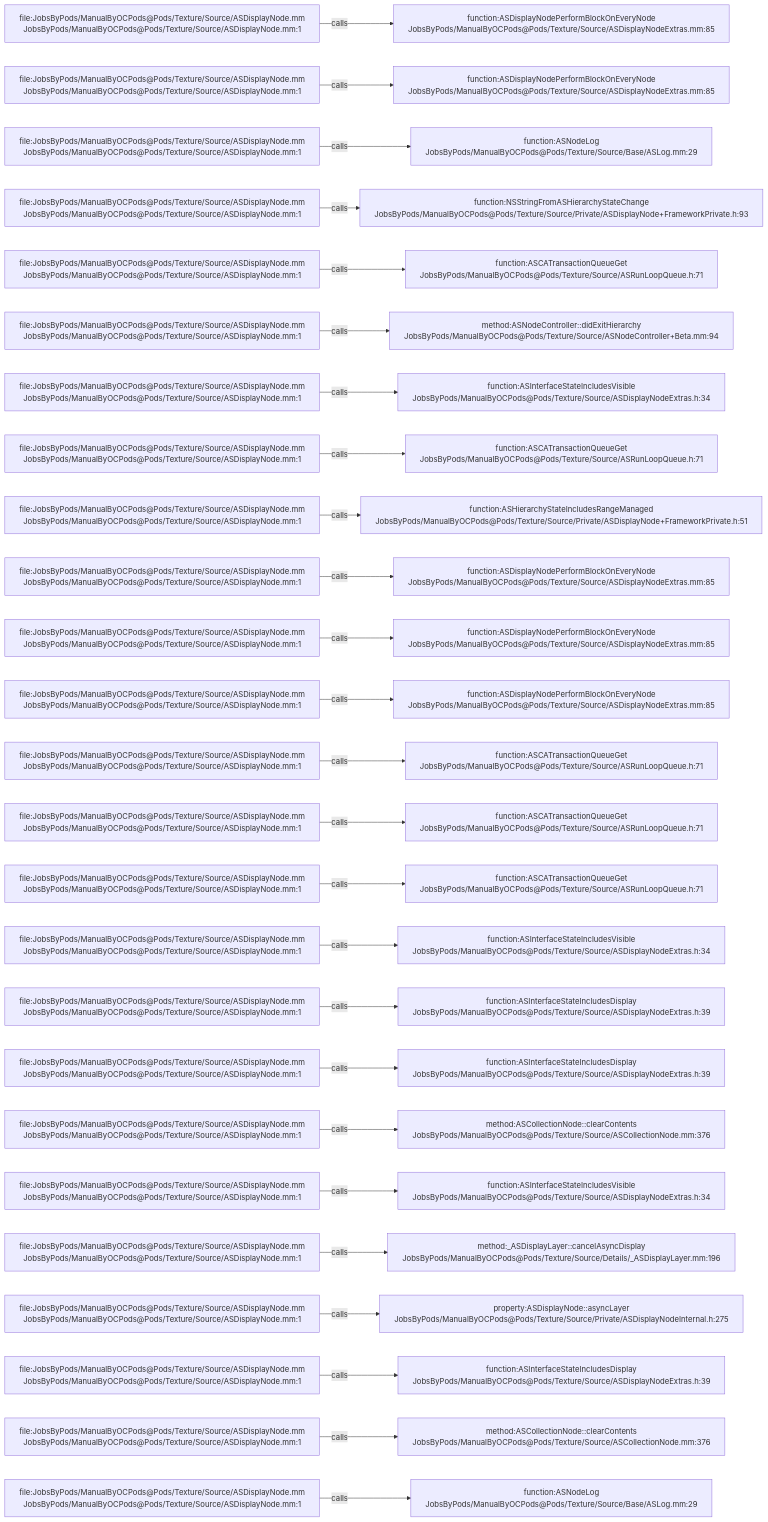
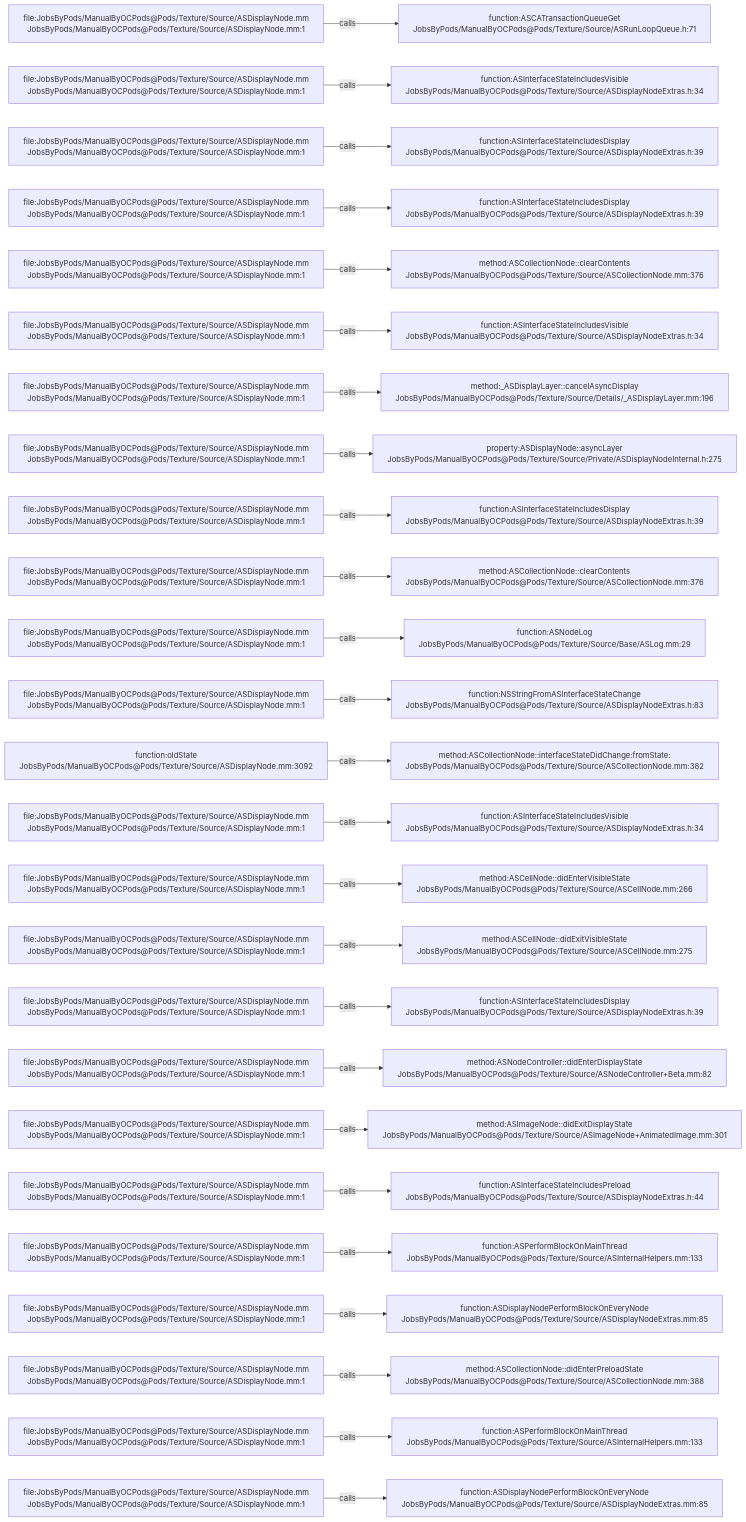
The diagram in .codegraph/codegraph.md/graphs/calls-104.md (JobsKits/JobsOCBaseConfigDemo), drawn with Mermaid before and after one commit. The commit also changed 296 other files, not shown here.

````diff
--- a/.codegraph/codegraph.md/graphs/calls-104.md
+++ b/.codegraph/codegraph.md/graphs/calls-104.md
@@ -13,78 +13,78 @@
 ```mermaid
 flowchart LR
   S1["file:JobsByPods/ManualByOCPods@Pods/Texture/Source/ASDisplayNode.mm<br/>JobsByPods/ManualByOCPods@Pods/Texture/Source/ASDisplayNode.mm:1"]
-  T1["function:ASDisplayNodePerformBlockOnEveryNode<br/>JobsByPods/ManualByOCPods@Pods/Texture/Source/ASDisplayNodeExtras.mm:85"]
+  T1["function:ASCATransactionQueueGet<br/>JobsByPods/ManualByOCPods@Pods/Texture/Source/ASRunLoopQueue.h:71"]
   S1 -->|calls| T1
   S2["file:JobsByPods/ManualByOCPods@Pods/Texture/Source/ASDisplayNode.mm<br/>JobsByPods/ManualByOCPods@Pods/Texture/Source/ASDisplayNode.mm:1"]
-  T2["function:ASDisplayNodePerformBlockOnEveryNode<br/>JobsByPods/ManualByOCPods@Pods/Texture/Source/ASDisplayNodeExtras.mm:85"]
+  T2["function:ASInterfaceStateIncludesVisible<br/>JobsByPods/ManualByOCPods@Pods/Texture/Source/ASDisplayNodeExtras.h:34"]
   S2 -->|calls| T2
   S3["file:JobsByPods/ManualByOCPods@Pods/Texture/Source/ASDisplayNode.mm<br/>JobsByPods/ManualByOCPods@Pods/Texture/Source/ASDisplayNode.mm:1"]
-  T3["function:ASNodeLog<br/>JobsByPods/ManualByOCPods@Pods/Texture/Source/Base/ASLog.mm:29"]
+  T3["function:ASInterfaceStateIncludesDisplay<br/>JobsByPods/ManualByOCPods@Pods/Texture/Source/ASDisplayNodeExtras.h:39"]
   S3 -->|calls| T3
   S4["file:JobsByPods/ManualByOCPods@Pods/Texture/Source/ASDisplayNode.mm<br/>JobsByPods/ManualByOCPods@Pods/Texture/Source/ASDisplayNode.mm:1"]
-  T4["function:NSStringFromASHierarchyStateChange<br/>JobsByPods/ManualByOCPods@Pods/Texture/Source/Private/ASDisplayNode+FrameworkPrivate.h:93"]
+  T4["function:ASInterfaceStateIncludesDisplay<br/>JobsByPods/ManualByOCPods@Pods/Texture/Source/ASDisplayNodeExtras.h:39"]
   S4 -->|calls| T4
   S5["file:JobsByPods/ManualByOCPods@Pods/Texture/Source/ASDisplayNode.mm<br/>JobsByPods/ManualByOCPods@Pods/Texture/Source/ASDisplayNode.mm:1"]
-  T5["function:ASCATransactionQueueGet<br/>JobsByPods/ManualByOCPods@Pods/Texture/Source/ASRunLoopQueue.h:71"]
+  T5["method:ASCollectionNode::clearContents<br/>JobsByPods/ManualByOCPods@Pods/Texture/Source/ASCollectionNode.mm:376"]
   S5 -->|calls| T5
   S6["file:JobsByPods/ManualByOCPods@Pods/Texture/Source/ASDisplayNode.mm<br/>JobsByPods/ManualByOCPods@Pods/Texture/Source/ASDisplayNode.mm:1"]
-  T6["method:ASNodeController::didExitHierarchy<br/>JobsByPods/ManualByOCPods@Pods/Texture/Source/ASNodeController+Beta.mm:94"]
+  T6["function:ASInterfaceStateIncludesVisible<br/>JobsByPods/ManualByOCPods@Pods/Texture/Source/ASDisplayNodeExtras.h:34"]
   S6 -->|calls| T6
   S7["file:JobsByPods/ManualByOCPods@Pods/Texture/Source/ASDisplayNode.mm<br/>JobsByPods/ManualByOCPods@Pods/Texture/Source/ASDisplayNode.mm:1"]
-  T7["function:ASInterfaceStateIncludesVisible<br/>JobsByPods/ManualByOCPods@Pods/Texture/Source/ASDisplayNodeExtras.h:34"]
+  T7["method:_ASDisplayLayer::cancelAsyncDisplay<br/>JobsByPods/ManualByOCPods@Pods/Texture/Source/Details/_ASDisplayLayer.mm:196"]
   S7 -->|calls| T7
   S8["file:JobsByPods/ManualByOCPods@Pods/Texture/Source/ASDisplayNode.mm<br/>JobsByPods/ManualByOCPods@Pods/Texture/Source/ASDisplayNode.mm:1"]
-  T8["function:ASCATransactionQueueGet<br/>JobsByPods/ManualByOCPods@Pods/Texture/Source/ASRunLoopQueue.h:71"]
+  T8["property:ASDisplayNode::asyncLayer<br/>JobsByPods/ManualByOCPods@Pods/Texture/Source/Private/ASDisplayNodeInternal.h:275"]
   S8 -->|calls| T8
   S9["file:JobsByPods/ManualByOCPods@Pods/Texture/Source/ASDisplayNode.mm<br/>JobsByPods/ManualByOCPods@Pods/Texture/Source/ASDisplayNode.mm:1"]
-  T9["function:ASHierarchyStateIncludesRangeManaged<br/>JobsByPods/ManualByOCPods@Pods/Texture/Source/Private/ASDisplayNode+FrameworkPrivate.h:51"]
+  T9["function:ASInterfaceStateIncludesDisplay<br/>JobsByPods/ManualByOCPods@Pods/Texture/Source/ASDisplayNodeExtras.h:39"]
   S9 -->|calls| T9
   S10["file:JobsByPods/ManualByOCPods@Pods/Texture/Source/ASDisplayNode.mm<br/>JobsByPods/ManualByOCPods@Pods/Texture/Source/ASDisplayNode.mm:1"]
-  T10["function:ASDisplayNodePerformBlockOnEveryNode<br/>JobsByPods/ManualByOCPods@Pods/Texture/Source/ASDisplayNodeExtras.mm:85"]
+  T10["method:ASCollectionNode::clearContents<br/>JobsByPods/ManualByOCPods@Pods/Texture/Source/ASCollectionNode.mm:376"]
   S10 -->|calls| T10
   S11["file:JobsByPods/ManualByOCPods@Pods/Texture/Source/ASDisplayNode.mm<br/>JobsByPods/ManualByOCPods@Pods/Texture/Source/ASDisplayNode.mm:1"]
-  T11["function:ASDisplayNodePerformBlockOnEveryNode<br/>JobsByPods/ManualByOCPods@Pods/Texture/Source/ASDisplayNodeExtras.mm:85"]
+  T11["function:ASNodeLog<br/>JobsByPods/ManualByOCPods@Pods/Texture/Source/Base/ASLog.mm:29"]
   S11 -->|calls| T11
   S12["file:JobsByPods/ManualByOCPods@Pods/Texture/Source/ASDisplayNode.mm<br/>JobsByPods/ManualByOCPods@Pods/Texture/Source/ASDisplayNode.mm:1"]
-  T12["function:ASDisplayNodePerformBlockOnEveryNode<br/>JobsByPods/ManualByOCPods@Pods/Texture/Source/ASDisplayNodeExtras.mm:85"]
+  T12["function:NSStringFromASInterfaceStateChange<br/>JobsByPods/ManualByOCPods@Pods/Texture/Source/ASDisplayNodeExtras.h:83"]
   S12 -->|calls| T12
-  S13["file:JobsByPods/ManualByOCPods@Pods/Texture/Source/ASDisplayNode.mm<br/>JobsByPods/ManualByOCPods@Pods/Texture/Source/ASDisplayNode.mm:1"]
-  T13["function:ASCATransactionQueueGet<br/>JobsByPods/ManualByOCPods@Pods/Texture/Source/ASRunLoopQueue.h:71"]
+  S13["function:oldState<br/>JobsByPods/ManualByOCPods@Pods/Texture/Source/ASDisplayNode.mm:3092"]
+  T13["method:ASCollectionNode::interfaceStateDidChange:fromState:<br/>JobsByPods/ManualByOCPods@Pods/Texture/Source/ASCollectionNode.mm:382"]
   S13 -->|calls| T13
   S14["file:JobsByPods/ManualByOCPods@Pods/Texture/Source/ASDisplayNode.mm<br/>JobsByPods/ManualByOCPods@Pods/Texture/Source/ASDisplayNode.mm:1"]
-  T14["function:ASCATransactionQueueGet<br/>JobsByPods/ManualByOCPods@Pods/Texture/Source/ASRunLoopQueue.h:71"]
+  T14["function:ASInterfaceStateIncludesVisible<br/>JobsByPods/ManualByOCPods@Pods/Texture/Source/ASDisplayNodeExtras.h:34"]
   S14 -->|calls| T14
   S15["file:JobsByPods/ManualByOCPods@Pods/Texture/Source/ASDisplayNode.mm<br/>JobsByPods/ManualByOCPods@Pods/Texture/Source/ASDisplayNode.mm:1"]
-  T15["function:ASCATransactionQueueGet<br/>JobsByPods/ManualByOCPods@Pods/Texture/Source/ASRunLoopQueue.h:71"]
+  T15["method:ASCellNode::didEnterVisibleState<br/>JobsByPods/ManualByOCPods@Pods/Texture/Source/ASCellNode.mm:266"]
   S15 -->|calls| T15
   S16["file:JobsByPods/ManualByOCPods@Pods/Texture/Source/ASDisplayNode.mm<br/>JobsByPods/ManualByOCPods@Pods/Texture/Source/ASDisplayNode.mm:1"]
-  T16["function:ASInterfaceStateIncludesVisible<br/>JobsByPods/ManualByOCPods@Pods/Texture/Source/ASDisplayNodeExtras.h:34"]
+  T16["method:ASCellNode::didExitVisibleState<br/>JobsByPods/ManualByOCPods@Pods/Texture/Source/ASCellNode.mm:275"]
   S16 -->|calls| T16
   S17["file:JobsByPods/ManualByOCPods@Pods/Texture/Source/ASDisplayNode.mm<br/>JobsByPods/ManualByOCPods@Pods/Texture/Source/ASDisplayNode.mm:1"]
   T17["function:ASInterfaceStateIncludesDisplay<br/>JobsByPods/ManualByOCPods@Pods/Texture/Source/ASDisplayNodeExtras.h:39"]
   S17 -->|calls| T17
   S18["file:JobsByPods/ManualByOCPods@Pods/Texture/Source/ASDisplayNode.mm<br/>JobsByPods/ManualByOCPods@Pods/Texture/Source/ASDisplayNode.mm:1"]
-  T18["function:ASInterfaceStateIncludesDisplay<br/>JobsByPods/ManualByOCPods@Pods/Texture/Source/ASDisplayNodeExtras.h:39"]
+  T18["method:ASNodeController::didEnterDisplayState<br/>JobsByPods/ManualByOCPods@Pods/Texture/Source/ASNodeController+Beta.mm:82"]
   S18 -->|calls| T18
   S19["file:JobsByPods/ManualByOCPods@Pods/Texture/Source/ASDisplayNode.mm<br/>JobsByPods/ManualByOCPods@Pods/Texture/Source/ASDisplayNode.mm:1"]
-  T19["method:ASCollectionNode::clearContents<br/>JobsByPods/ManualByOCPods@Pods/Texture/Source/ASCollectionNode.mm:376"]
+  T19["method:ASImageNode::didExitDisplayState<br/>JobsByPods/ManualByOCPods@Pods/Texture/Source/ASImageNode+AnimatedImage.mm:301"]
   S19 -->|calls| T19
   S20["file:JobsByPods/ManualByOCPods@Pods/Texture/Source/ASDisplayNode.mm<br/>JobsByPods/ManualByOCPods@Pods/Texture/Source/ASDisplayNode.mm:1"]
-  T20["function:ASInterfaceStateIncludesVisible<br/>JobsByPods/ManualByOCPods@Pods/Texture/Source/ASDisplayNodeExtras.h:34"]
+  T20["function:ASInterfaceStateIncludesPreload<br/>JobsByPods/ManualByOCPods@Pods/Texture/Source/ASDisplayNodeExtras.h:44"]
   S20 -->|calls| T20
   S21["file:JobsByPods/ManualByOCPods@Pods/Texture/Source/ASDisplayNode.mm<br/>JobsByPods/ManualByOCPods@Pods/Texture/Source/ASDisplayNode.mm:1"]
-  T21["method:_ASDisplayLayer::cancelAsyncDisplay<br/>JobsByPods/ManualByOCPods@Pods/Texture/Source/Details/_ASDisplayLayer.mm:196"]
+  T21["function:ASPerformBlockOnMainThread<br/>JobsByPods/ManualByOCPods@Pods/Texture/Source/ASInternalHelpers.mm:133"]
   S21 -->|calls| T21
   S22["file:JobsByPods/ManualByOCPods@Pods/Texture/Source/ASDisplayNode.mm<br/>JobsByPods/ManualByOCPods@Pods/Texture/Source/ASDisplayNode.mm:1"]
-  T22["property:ASDisplayNode::asyncLayer<br/>JobsByPods/ManualByOCPods@Pods/Texture/Source/Private/ASDisplayNodeInternal.h:275"]
+  T22["function:ASDisplayNodePerformBlockOnEveryNode<br/>JobsByPods/ManualByOCPods@Pods/Texture/Source/ASDisplayNodeExtras.mm:85"]
   S22 -->|calls| T22
   S23["file:JobsByPods/ManualByOCPods@Pods/Texture/Source/ASDisplayNode.mm<br/>JobsByPods/ManualByOCPods@Pods/Texture/Source/ASDisplayNode.mm:1"]
-  T23["function:ASInterfaceStateIncludesDisplay<br/>JobsByPods/ManualByOCPods@Pods/Texture/Source/ASDisplayNodeExtras.h:39"]
+  T23["method:ASCollectionNode::didEnterPreloadState<br/>JobsByPods/ManualByOCPods@Pods/Texture/Source/ASCollectionNode.mm:388"]
   S23 -->|calls| T23
   S24["file:JobsByPods/ManualByOCPods@Pods/Texture/Source/ASDisplayNode.mm<br/>JobsByPods/ManualByOCPods@Pods/Texture/Source/ASDisplayNode.mm:1"]
-  T24["method:ASCollectionNode::clearContents<br/>JobsByPods/ManualByOCPods@Pods/Texture/Source/ASCollectionNode.mm:376"]
+  T24["function:ASPerformBlockOnMainThread<br/>JobsByPods/ManualByOCPods@Pods/Texture/Source/ASInternalHelpers.mm:133"]
   S24 -->|calls| T24
   S25["file:JobsByPods/ManualByOCPods@Pods/Texture/Source/ASDisplayNode.mm<br/>JobsByPods/ManualByOCPods@Pods/Texture/Source/ASDisplayNode.mm:1"]
-  T25["function:ASNodeLog<br/>JobsByPods/ManualByOCPods@Pods/Texture/Source/Base/ASLog.mm:29"]
+  T25["function:ASDisplayNodePerformBlockOnEveryNode<br/>JobsByPods/ManualByOCPods@Pods/Texture/Source/ASDisplayNodeExtras.mm:85"]
   S25 -->|calls| T25
 ```
````
